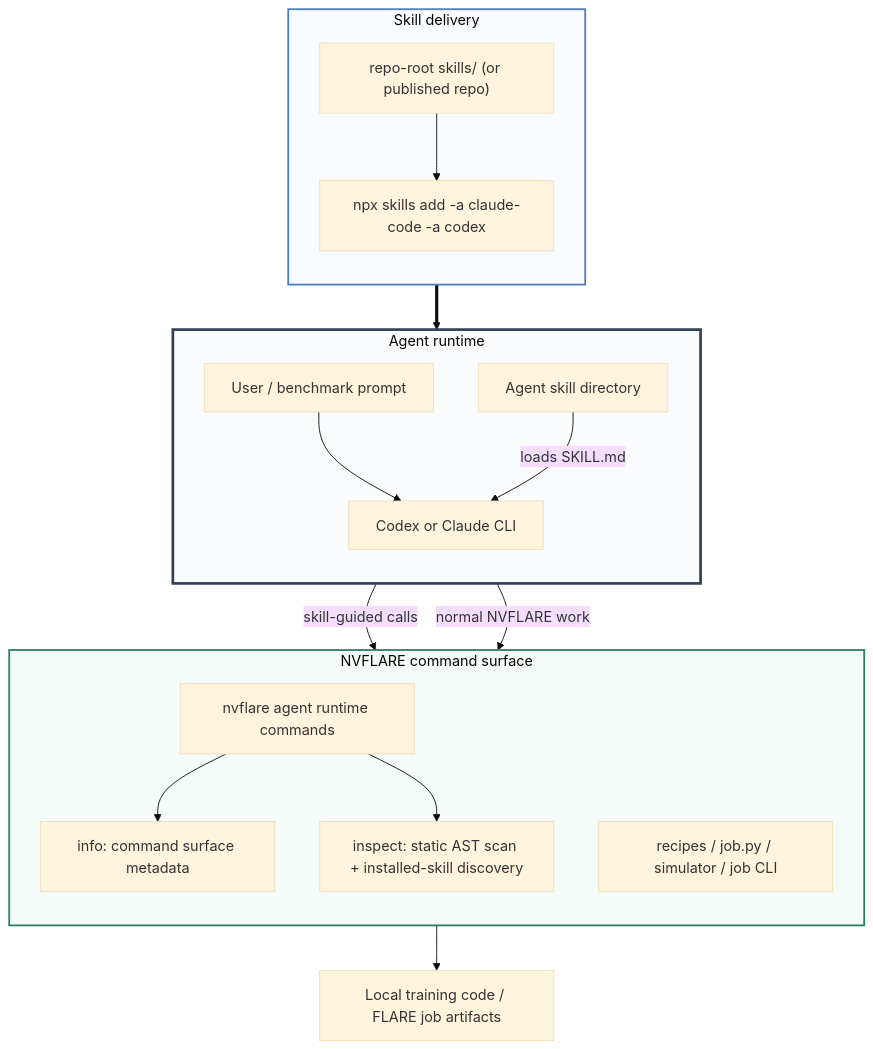
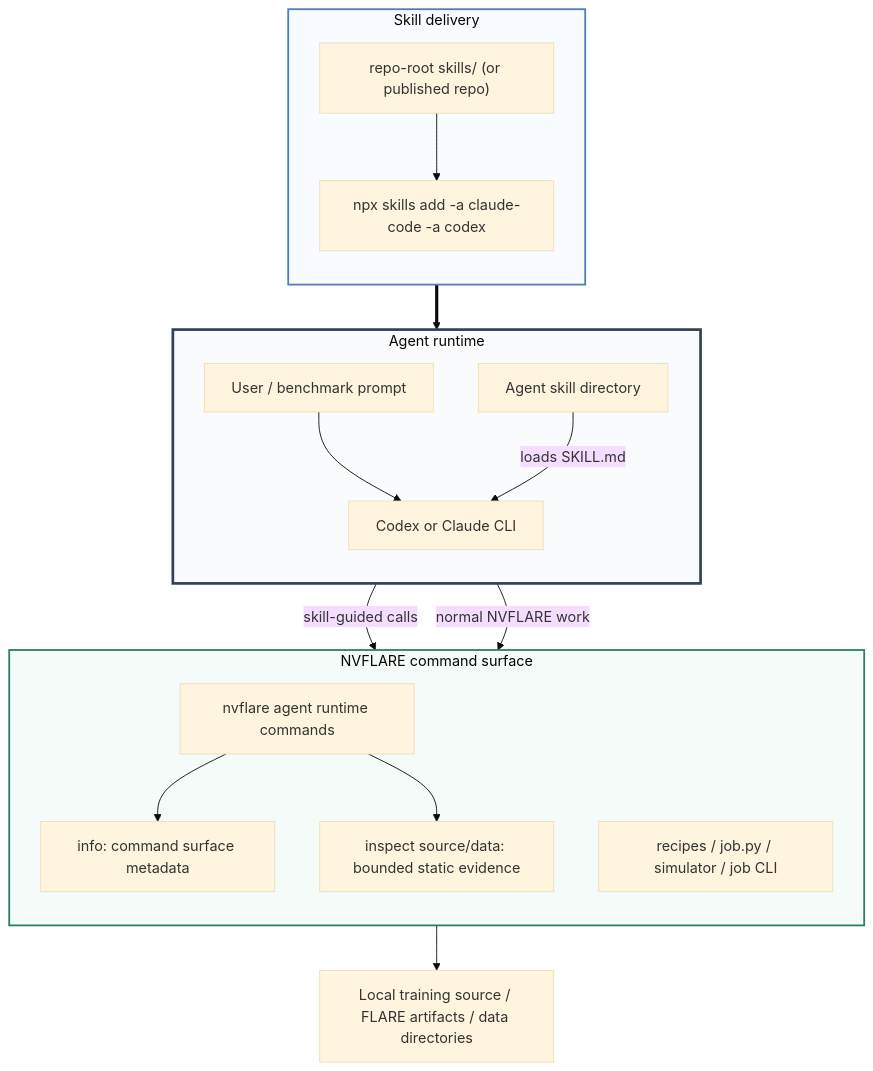
Before and after one commit to NVIDIA/NVFlare: the third of 5 diagrams in docs/design/skills_architecture.md, drawn with Mermaid (base theme). The commit also changed other lines of this file and 50 other files, not shown here.

Commit message:
Simplify agent inspector architecture

````diff
--- a/docs/design/skills_architecture.md
+++ b/docs/design/skills_architecture.md
@@ -177,30 +177,30 @@
 ```mermaid
 flowchart TB
     subgraph SkillDelivery["Skill delivery"]
         direction TB
         SkillSource["repo-root skills/ (or published repo)"] --> SkillOps["npx skills add -a claude-code -a codex"]
     end
 
     subgraph AgentRuntime["Agent runtime"]
         direction TB
         User["User / benchmark prompt"] --> Agent["Codex or Claude CLI"]
         AgentHome["Agent skill directory"] -->|loads SKILL.md| Agent
     end
 
     subgraph NVFLARESurface["NVFLARE command surface"]
         direction TB
         AgentCLI["nvflare agent runtime commands"] --> Info["info: command surface metadata"]
-        AgentCLI --> Inspect["inspect: static AST scan + installed-skill discovery"]
+        AgentCLI --> Inspect["inspect source/data: bounded static evidence"]
         Recipes["recipes / job.py / simulator / job CLI"]
     end
 
     SkillOps ==> AgentHome
     Agent -->|skill-guided calls| AgentCLI
     Agent -->|normal NVFLARE work| Recipes
 
-    Inspect --> Project["Local training code / FLARE job artifacts"]
+    Inspect --> Project["Local training source / FLARE artifacts / data directories"]
 
     style SkillDelivery fill:#f8fbff,stroke:#4f7fb8,stroke-width:2px
     style AgentRuntime fill:#fafbfc,stroke:#334155,stroke-width:3px
     style NVFLARESurface fill:#f4fbf8,stroke:#2f7d68,stroke-width:2px
 ```
````
